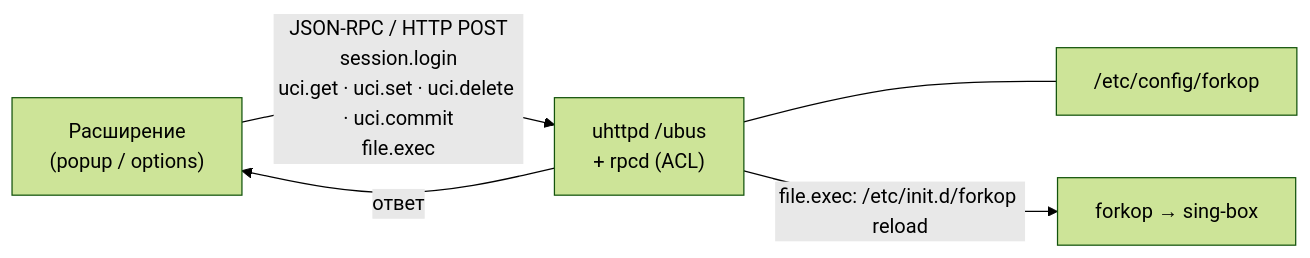
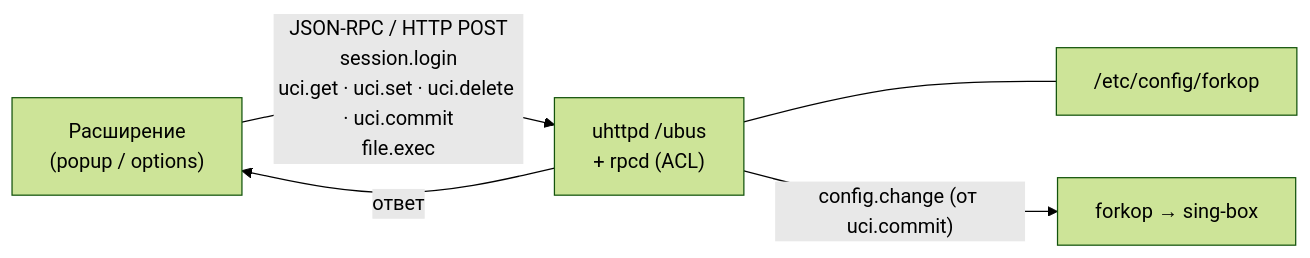
The diagram in README.md (oSERGRAYo/chrome-forkop-domains), drawn with Mermaid (forest theme) before and after one commit. The commit also changed other lines of this file and 6 other files, not shown here.

````diff
--- a/README.md
+++ b/README.md
@@ -59,12 +59,12 @@
 ```mermaid
 flowchart LR
     ext["Расширение<br/>(popup / options)"]
     ubus["uhttpd /ubus<br/>+ rpcd (ACL)"]
     cfg["/etc/config/forkop"]
     fk["forkop → sing-box"]
 
     ext -- "JSON-RPC / HTTP POST<br/>session.login<br/>uci.get · uci.set · uci.delete · uci.commit<br/>file.exec" --> ubus
     ubus -- "ответ" --> ext
     ubus --- cfg
-    ubus -- "file.exec: /etc/init.d/forkop reload" --> fk
+    ubus -- "config.change (от uci.commit)" --> fk
 ```
````
